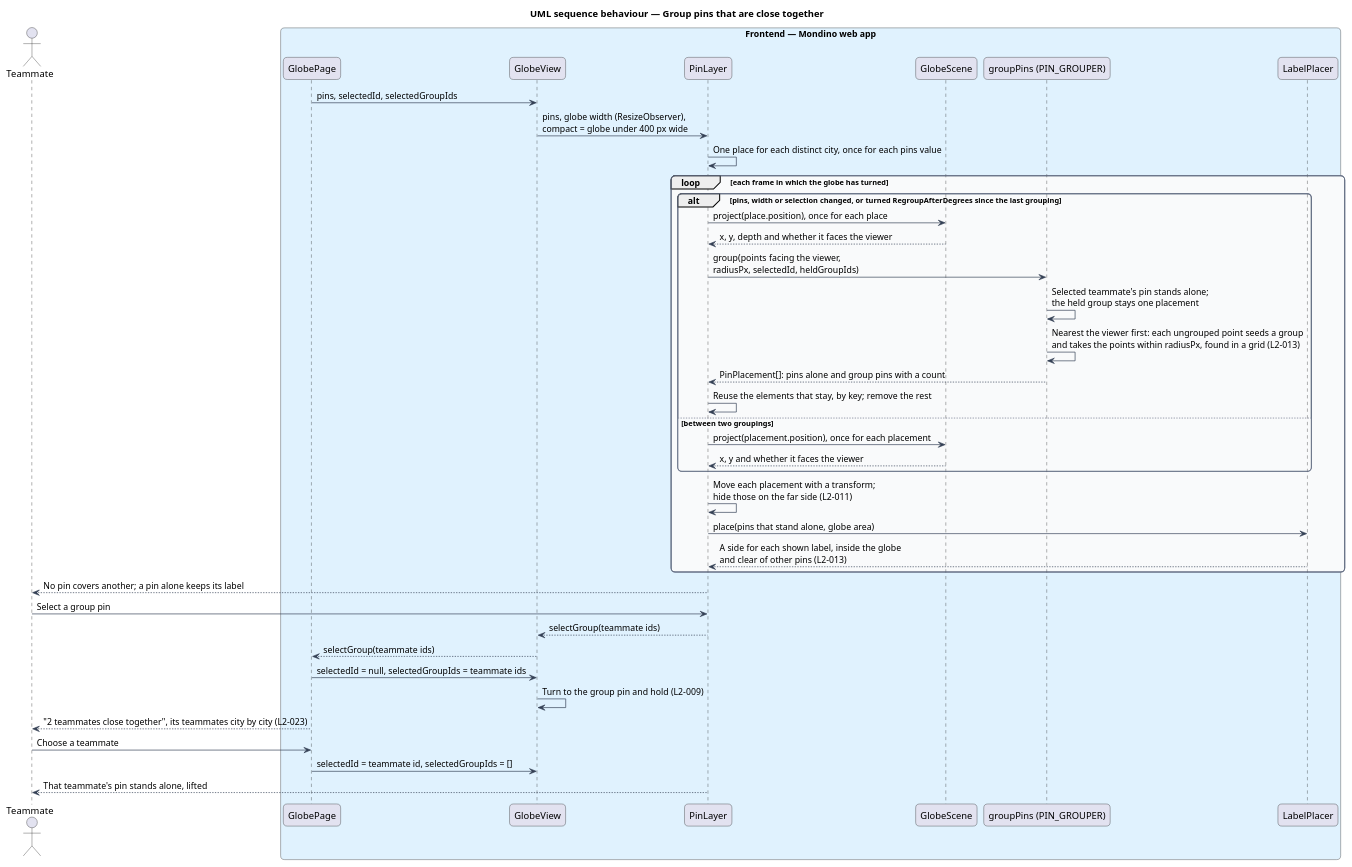
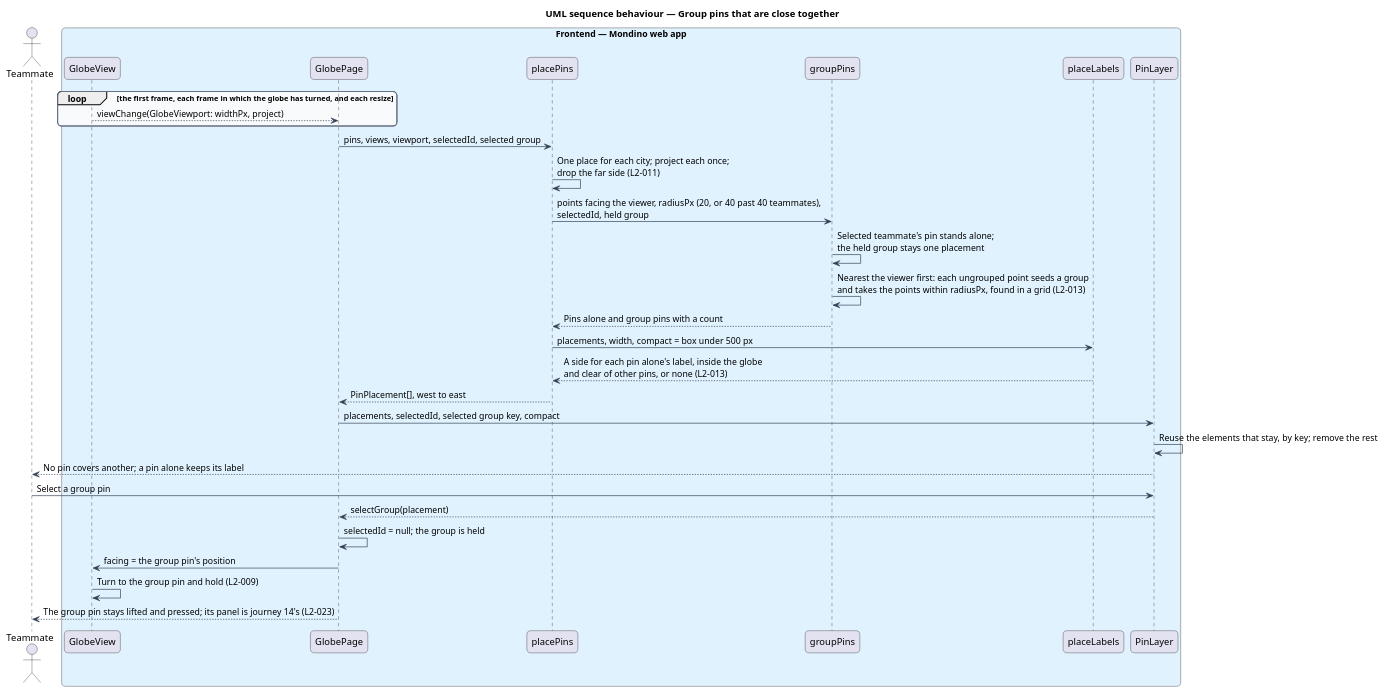
Before and after one commit to QuinntyneBrown/Mondino: the diagram in docs/detailed-designs/globe/show-pins/diagrams/sequence-group-pins.puml, drawn with PlantUML. The commit also changed 21 other files, not shown here.

First line of the commit message:
Decide how the pins are placed over the globe, and supply the numbers that group, fade and label them

```diff
--- a/docs/detailed-designs/globe/show-pins/diagrams/sequence-group-pins.puml
+++ b/docs/detailed-designs/globe/show-pins/diagrams/sequence-group-pins.puml
@@ -1,56 +1,47 @@
 @startuml
 title UML sequence behaviour — Group pins that are close together
 skinparam backgroundColor #FFFFFF
 skinparam shadowing false
 skinparam roundcorner 12
 skinparam defaultFontName Arial
 skinparam ArrowColor #344054
 skinparam rectangle {
   BorderColor #344054
   FontColor #101828
 }
 skinparam package {
   BorderColor #667085
   FontColor #101828
   BackgroundColor #F9FAFB
 }
 actor "Teammate" as actor
 box "Frontend — Mondino web app" #E0F2FE
+  participant "GlobeView" as view
   participant "GlobePage" as page
-  participant "GlobeView" as view
+  participant "placePins" as placer
+  participant "groupPins" as grouper
+  participant "placeLabels" as labels
   participant "PinLayer" as layer
-  participant "GlobeScene" as scene
-  participant "groupPins (PIN_GROUPER)" as grouper
-  participant "LabelPlacer" as labels
 end box
-page -> view : pins, selectedId, selectedGroupIds
-view -> layer : pins, globe width (ResizeObserver),\ncompact = globe under 400 px wide
-layer -> layer : One place for each distinct city, once for each pins value
-loop each frame in which the globe has turned
-  alt pins, width or selection changed, or turned RegroupAfterDegrees since the last grouping
-    layer -> scene : project(place.position), once for each place
-    scene --> layer : x, y, depth and whether it faces the viewer
-    layer -> grouper : group(points facing the viewer,\nradiusPx, selectedId, heldGroupIds)
-    grouper -> grouper : Selected teammate's pin stands alone;\nthe held group stays one placement
-    grouper -> grouper : Nearest the viewer first: each ungrouped point seeds a group\nand takes the points within radiusPx, found in a grid (L2-013)
-    grouper --> layer : PinPlacement[]: pins alone and group pins with a count
-    layer -> layer : Reuse the elements that stay, by key; remove the rest
-  else between two groupings
-    layer -> scene : project(placement.position), once for each placement
-    scene --> layer : x, y and whether it faces the viewer
-  end
-  layer -> layer : Move each placement with a transform;\nhide those on the far side (L2-011)
-  layer -> labels : place(pins that stand alone, globe area)
-  labels --> layer : A side for each shown label, inside the globe\nand clear of other pins (L2-013)
+loop the first frame, each frame in which the globe has turned, and each resize
+  view --> page : viewChange(GlobeViewport: widthPx, project)
 end
+page -> placer : pins, views, viewport, selectedId, selected group
+placer -> placer : One place for each city; project each once;\ndrop the far side (L2-011)
+placer -> grouper : points facing the viewer, radiusPx (20, or 40 past 40 teammates),\nselectedId, held group
+grouper -> grouper : Selected teammate's pin stands alone;\nthe held group stays one placement
+grouper -> grouper : Nearest the viewer first: each ungrouped point seeds a group\nand takes the points within radiusPx, found in a grid (L2-013)
+grouper --> placer : Pins alone and group pins with a count
+placer -> labels : placements, width, compact = box under 500 px
+labels --> placer : A side for each pin alone's label, inside the globe\nand clear of other pins, or none (L2-013)
+placer --> page : PinPlacement[], west to east
+page -> layer : placements, selectedId, selected group key, compact
+layer -> layer : Reuse the elements that stay, by key; remove the rest
 layer --> actor : No pin covers another; a pin alone keeps its label
 actor -> layer : Select a group pin
-layer --> view : selectGroup(teammate ids)
-view --> page : selectGroup(teammate ids)
-page -> view : selectedId = null, selectedGroupIds = teammate ids
+layer --> page : selectGroup(placement)
+page -> page : selectedId = null; the group is held
+page -> view : facing = the group pin's position
 view -> view : Turn to the group pin and hold (L2-009)
-page --> actor : "2 teammates close together", its teammates city by city (L2-023)
-actor -> page : Choose a teammate
-page -> view : selectedId = teammate id, selectedGroupIds = []
-layer --> actor : That teammate's pin stands alone, lifted
+page --> actor : The group pin stays lifted and pressed; its panel is journey 14's (L2-023)
 @enduml
```
